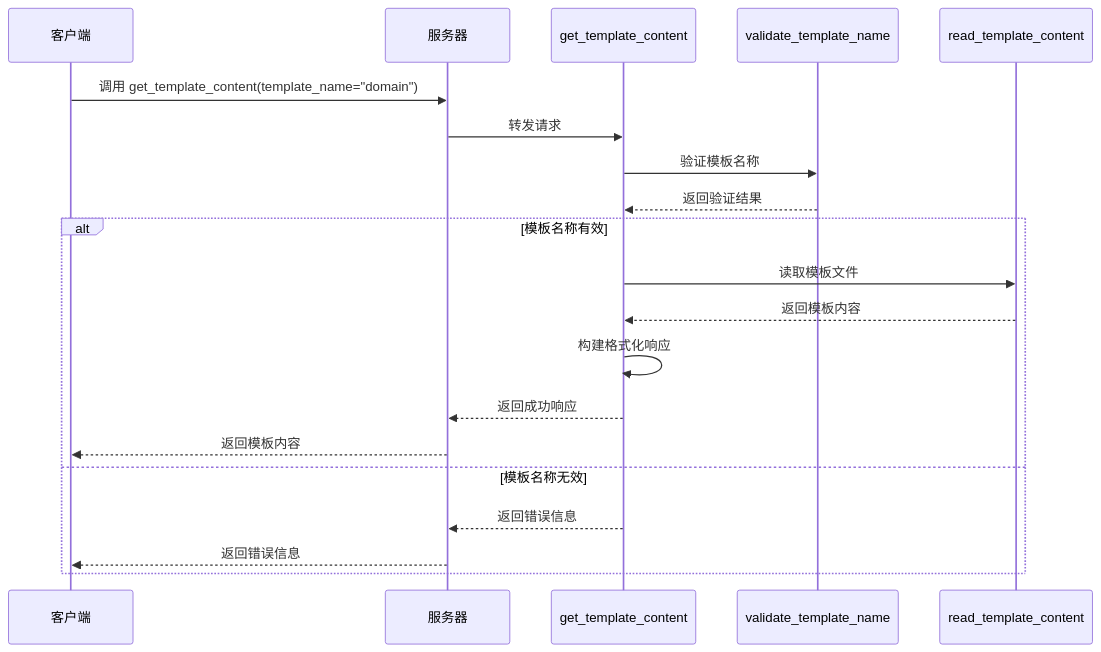
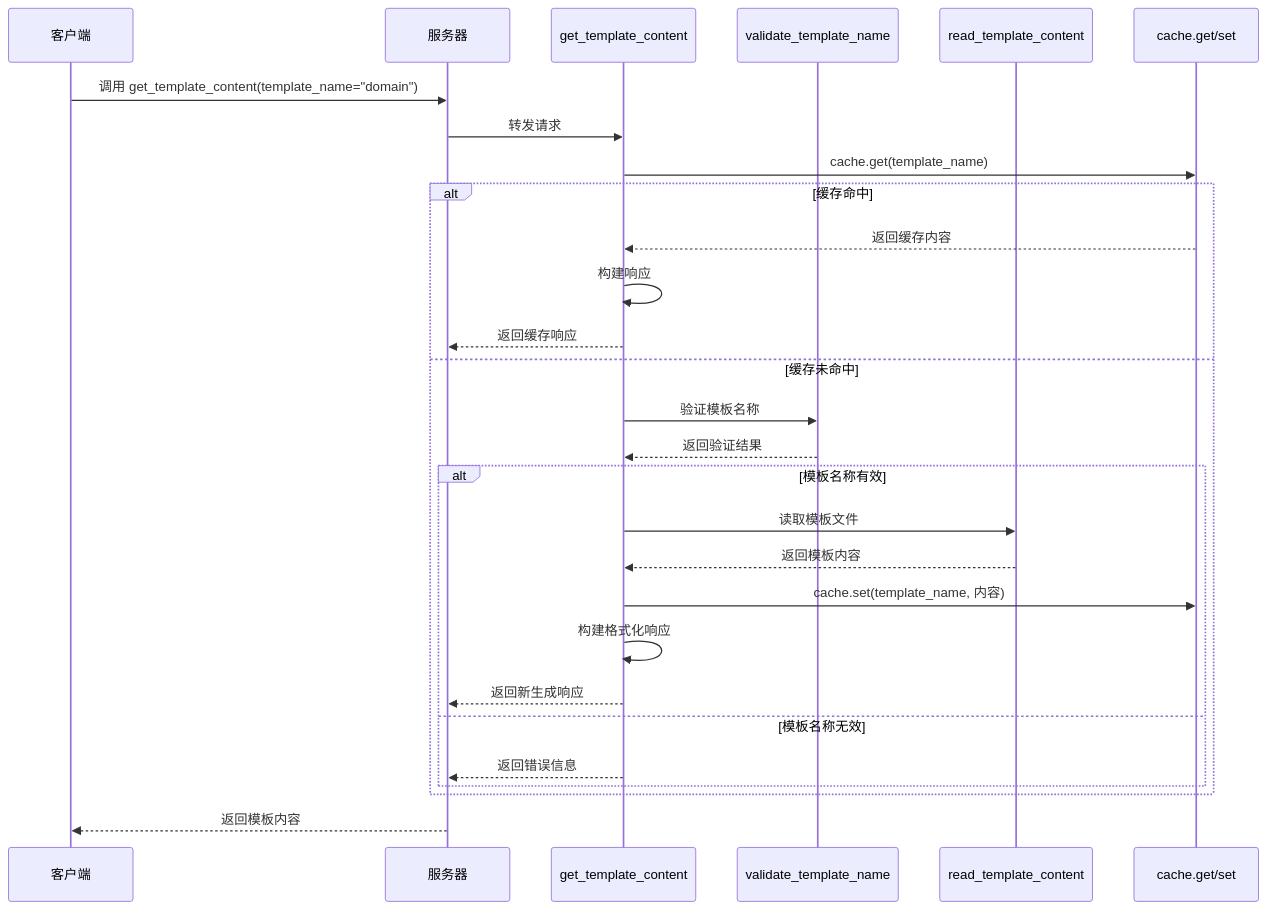
The third of 6 diagrams in .qoder/repowiki/zh/content/API参考/代码模板生成API.md (junerver/multi_mcp_server), drawn with Mermaid before and after one commit. The commit also changed other lines of this file and 9 other files, not shown here.

````diff
--- a/.qoder/repowiki/zh/content/API参考/代码模板生成API.md
+++ b/.qoder/repowiki/zh/content/API参考/代码模板生成API.md
@@ -96,22 +106,30 @@
 ```mermaid
 sequenceDiagram
 participant Client as 客户端
 participant Server as 服务器
 participant Tool as get_template_content
 participant Validator as validate_template_name
 participant Reader as read_template_content
+participant Cache as cache.get/set
 Client->>Server : 调用 get_template_content(template_name="domain")
 Server->>Tool : 转发请求
+Tool->>Cache : cache.get(template_name)
+alt 缓存命中
+Cache-->>Tool : 返回缓存内容
+Tool->>Tool : 构建响应
+Tool-->>Server : 返回缓存响应
+else 缓存未命中
 Tool->>Validator : 验证模板名称
 Validator-->>Tool : 返回验证结果
 alt 模板名称有效
 Tool->>Reader : 读取模板文件
 Reader-->>Tool : 返回模板内容
+Tool->>Cache : cache.set(template_name, 内容)
 Tool->>Tool : 构建格式化响应
-Tool-->>Server : 返回成功响应
-Server-->>Client : 返回模板内容
+Tool-->>Server : 返回新生成响应
 else 模板名称无效
 Tool-->>Server : 返回错误信息
-Server-->>Client : 返回错误信息
 end
+end
+Server-->>Client : 返回模板内容
 ```
````
